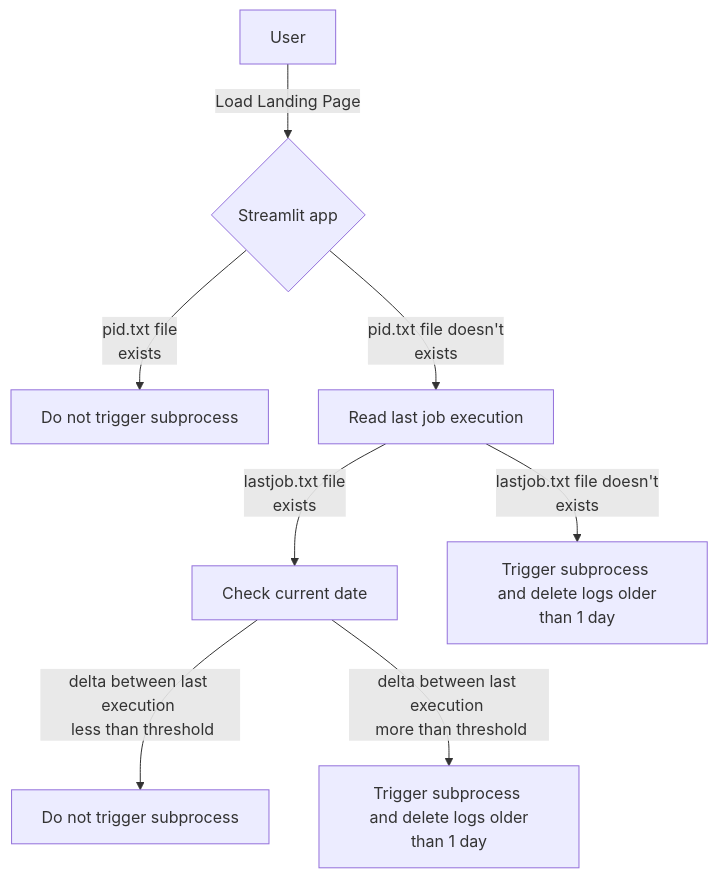
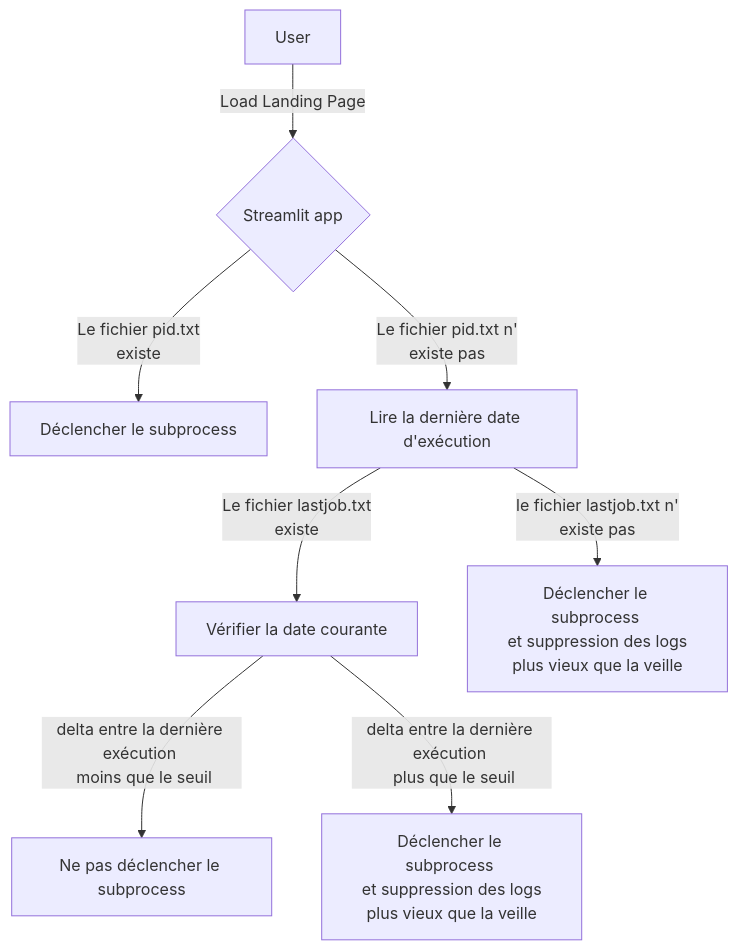
One commit to Emilien-Foissotte/emilien-foissotte.github.io changed the diagram in content/posts/2024/05/streamlit-gas-stations/index.fr.md. Above: the diagram before and after it, drawn with Mermaid. The commit also changed other lines of this file, not shown here.

```diff
--- a/content/posts/2024/05/streamlit-gas-stations/index.fr.md
+++ b/content/posts/2024/05/streamlit-gas-stations/index.fr.md
@@ -436,10 +450,10 @@
 {{<mermaid>}}
 flowchart TD
 U[User] -->|Load Landing Page| L{Streamlit app}
-L -->|pid.txt file </br> exists| PE[Do not trigger subprocess]
-L -->|pid.txt file doesn't </br> exists| PN[Read last job execution]
-PN -->|lastjob.txt file </br> exists| LE[Check current date]
-LE -->|delta between last execution </br> less than threshold| LT[Do not trigger subprocess]
-LE -->|delta between last execution </br> more than threshold| MT[Trigger subprocess </br> and delete logs older than 1 day]
-PN -->|lastjob.txt file doesn't </br> exists| LN[Trigger subprocess </br> and delete logs older than 1 day]
+L -->|Le fichier pid.txt </br> existe| PE[Déclencher le subprocess]
+L -->|Le fichier pid.txt n'</br> existe pas| PN[Lire la dernière date d'exécution]
+PN -->|Le fichier lastjob.txt </br> existe| LE[Vérifier la date courante]
+LE -->|delta entre la dernière exécution </br> moins que le seuil| LT[Ne pas déclencher le subprocess]
+LE -->|delta entre la dernière exécution </br> plus que le seuil| MT[Déclencher le subprocess </br> et suppression des logs plus vieux que la veille]
+PN -->|le fichier lastjob.txt n' </br> existe pas| LN[Déclencher le subprocess </br> et suppression des logs plus vieux que la veille]
 {{</mermaid>}}
```
